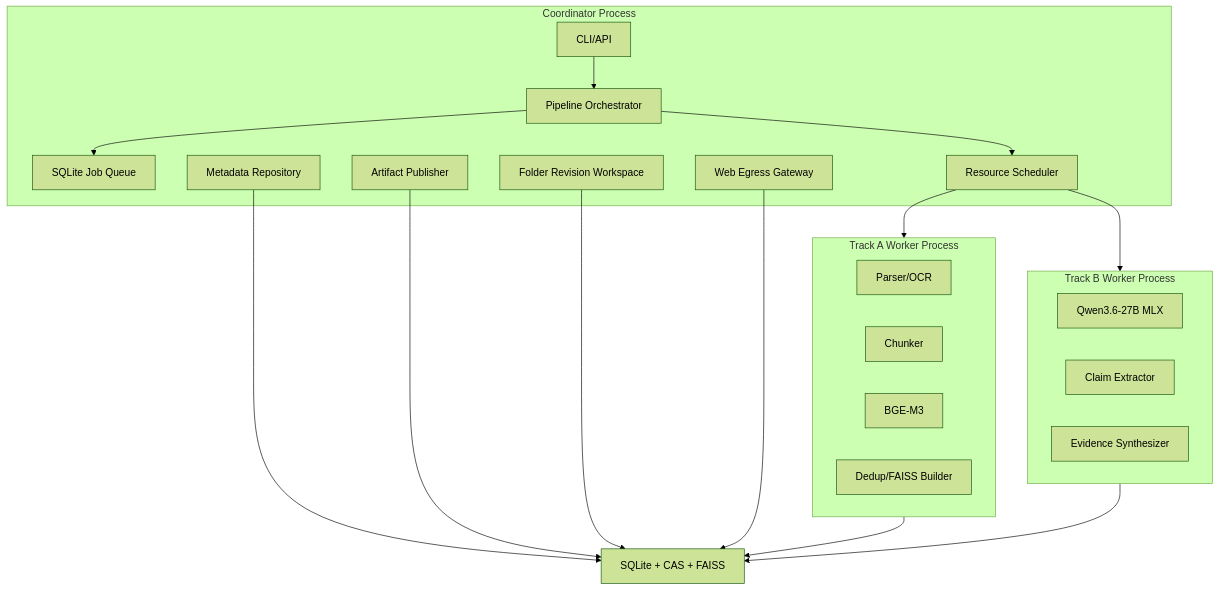
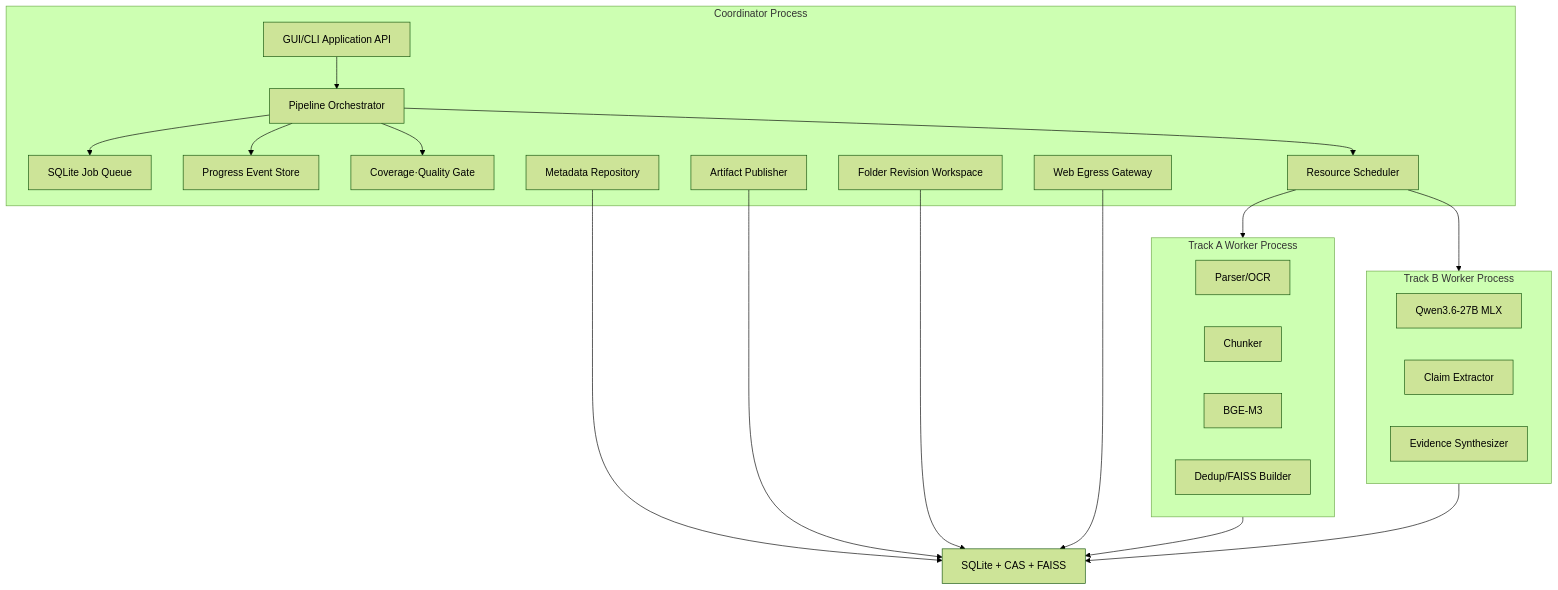
Before and after one commit to creatorjun/RAG: the second of 6 diagrams in docs/architecture.md, drawn with Mermaid (forest theme). The commit also changed other lines of this file and 31 other files, not shown here.

````diff
--- a/docs/architecture.md
+++ b/docs/architecture.md
@@ -43,36 +46,40 @@
 ```mermaid
 flowchart TB
     subgraph CP["Coordinator Process"]
-        API["CLI/API"]
+        API["GUI/CLI Application API"]
         ORCH["Pipeline Orchestrator"]
         QUEUE["SQLite Job Queue"]
+        EVENT["Progress Event Store"]
+        COVERAGE["Coverage·Quality Gate"]
         SCHED["Resource Scheduler"]
         META["Metadata Repository"]
         PUB["Artifact Publisher"]
         FOLDER["Folder Revision Workspace"]
         WEBG["Web Egress Gateway"]
     end
     subgraph AW["Track A Worker Process"]
         PARSE["Parser/OCR"]
         CHUNK["Chunker"]
         BGE["BGE-M3"]
         DEDUP["Dedup/FAISS Builder"]
     end
     subgraph BW["Track B Worker Process"]
         QWEN["Qwen3.6-27B MLX"]
         CLAIM["Claim Extractor"]
         SYN["Evidence Synthesizer"]
     end
     STORE["SQLite + CAS + FAISS"]
     API --> ORCH
     ORCH --> QUEUE
+    ORCH --> EVENT
+    ORCH --> COVERAGE
     ORCH --> SCHED
     SCHED --> AW
     SCHED --> BW
     AW --> STORE
     BW --> STORE
     META --> STORE
     PUB --> STORE
     FOLDER --> STORE
     WEBG --> STORE
 ```
````
